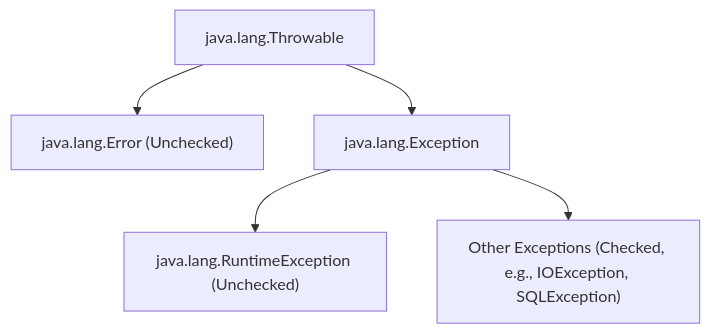
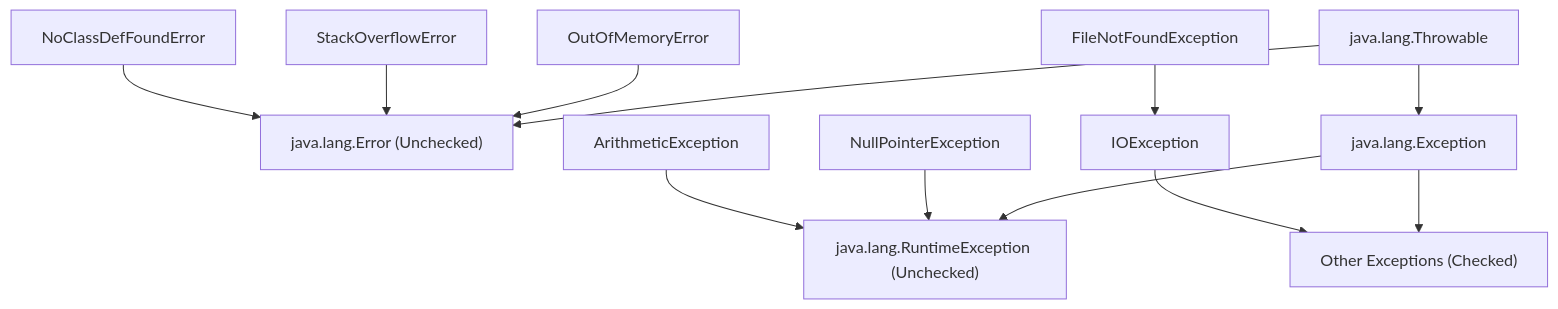
The second of 2 diagrams in no12_exception_handling/theory/01-what-is-an-exception-concepts.md (PhuThien2005/theoretical-of-java-core), drawn with Mermaid before and after one commit. The commit also changed other lines of this file and 18 other files, not shown here.

````diff
--- a/no12_exception_handling/theory/01-what-is-an-exception-concepts.md
+++ b/no12_exception_handling/theory/01-what-is-an-exception-concepts.md
@@ -106,7 +121,25 @@
 ```mermaid
 graph TD
-    Throwable["java.lang.Throwable"] --> Error["java.lang.Error (Unchecked)"]
-    Throwable --> Exception["java.lang.Exception"]
-    Exception --> RuntimeException["java.lang.RuntimeException (Unchecked)"]
-    Exception --> CheckedException["Other Exceptions (Checked, e.g., IOException, SQLException)"]
+    Throwable["java.lang.Throwable"]
+    Error["java.lang.Error (Unchecked)"]
+    Exception["java.lang.Exception"]
+    
+    Throwable --> Error
+    Throwable --> Exception
+    
+    RuntimeException["java.lang.RuntimeException (Unchecked)"]
+    OtherExceptions["Other Exceptions (Checked)"]
+    
+    Exception --> RuntimeException
+    Exception --> OtherExceptions
+    
+    OutOfMemoryError["OutOfMemoryError"] --> Error
+    StackOverflowError["StackOverflowError"] --> Error
+    NoClassDefFoundError["NoClassDefFoundError"] --> Error
+    
+    NullPointerException["NullPointerException"] --> RuntimeException
+    ArithmeticException["ArithmeticException"] --> RuntimeException
+    
+    IOException["IOException"] --> OtherExceptions
+    FileNotFoundException["FileNotFoundException"] --> IOException
 ```
````
